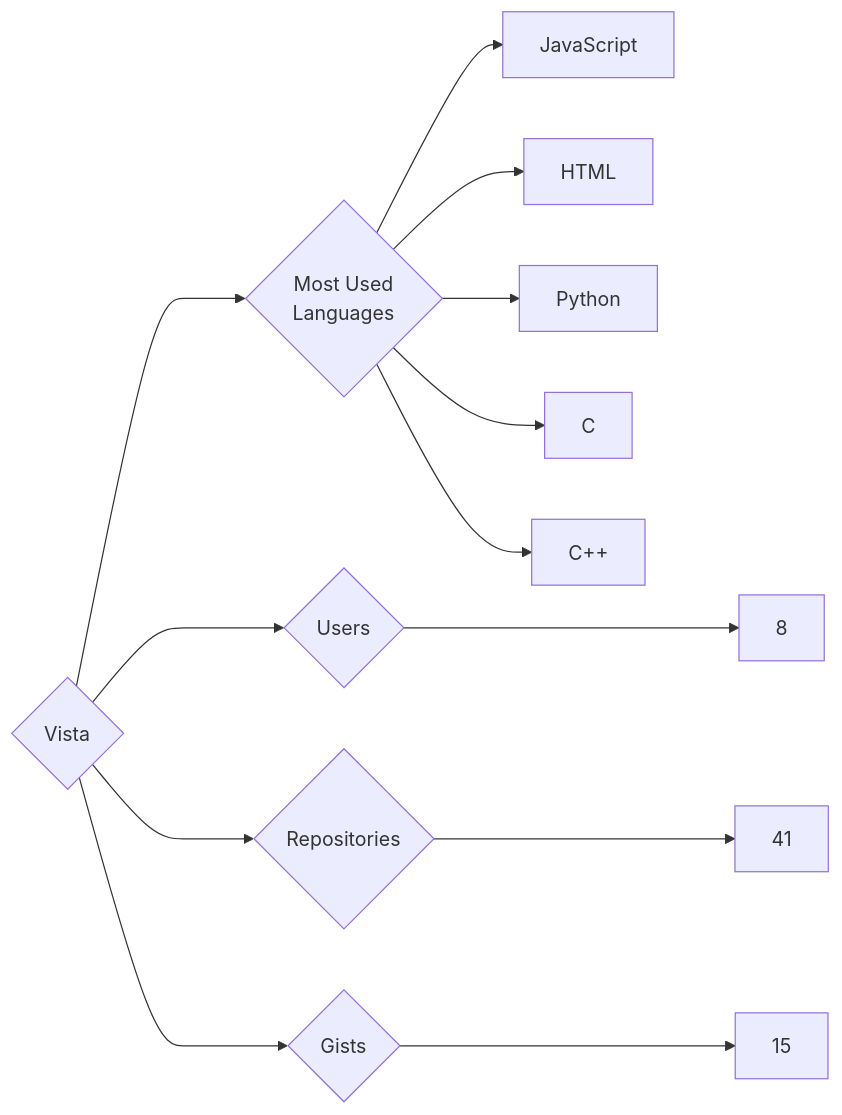
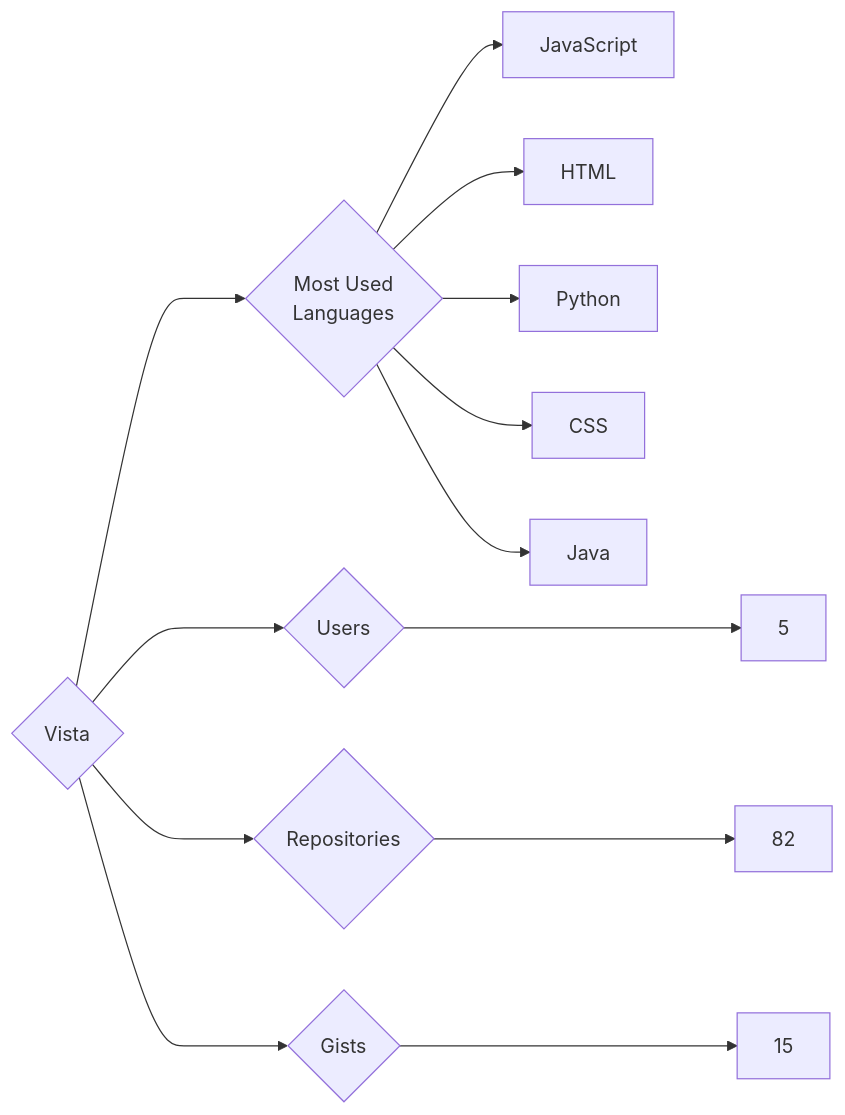
The diagram in targets/Vista/README.md (trickest/insiders), drawn with Mermaid before and after one commit. The commit also changed 682 other files, not shown here.

````diff
--- a/targets/Vista/README.md
+++ b/targets/Vista/README.md
@@ -3,13 +3,13 @@
 ```mermaid
 graph LR
 COMPANY_NAME{Vista}
-COMPANY_NAME ---> U{Users} ---> UN[8]
-COMPANY_NAME ---> R{Repositories} ---> RN[41]
+COMPANY_NAME ---> U{Users} ---> UN[5]
+COMPANY_NAME ---> R{Repositories} ---> RN[82]
 COMPANY_NAME ---> G{Gists} ---> GN[15]
 COMPANY_NAME ---> ML{Most Used<br>Languages}
 ML --> JavaScript[JavaScript]
 ML --> HTML[HTML]
 ML --> Python[Python]
-ML --> C[C]
-ML --> C++[C++]
+ML --> CSS[CSS]
+ML --> Java[Java]
 ```
````
